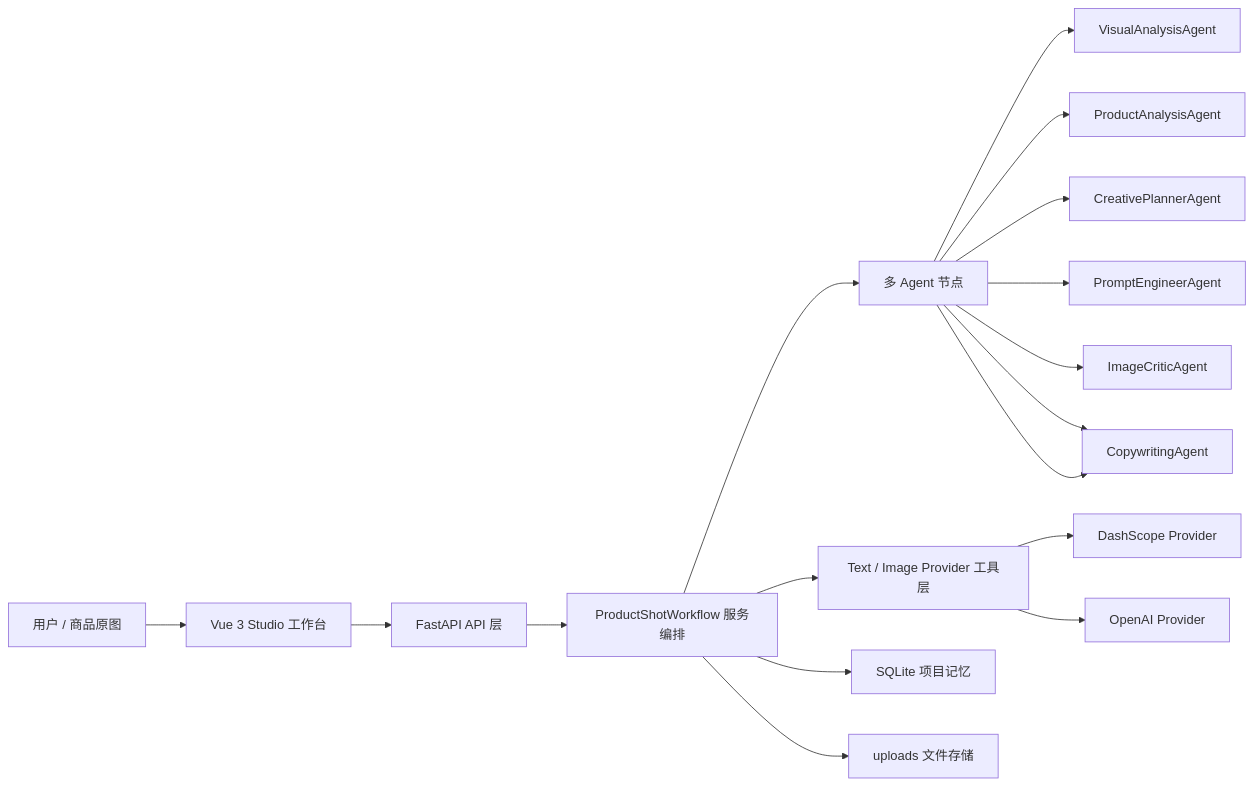
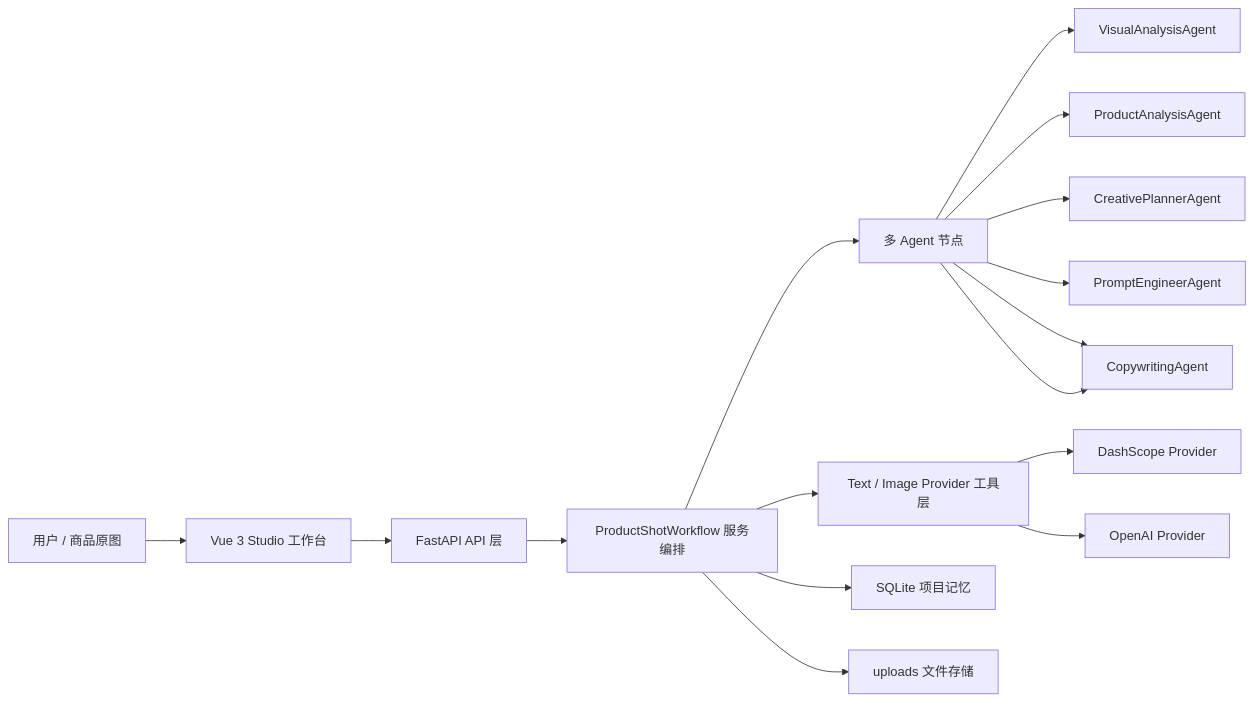
Before and after one commit to w-cyh/ProductShot-Agent: the diagram in README.md, drawn with Mermaid. The commit also changed other lines of this file and 21 other files, not shown here.

Commit message:
Improve product image agent workflow

````diff
--- a/README.md
+++ b/README.md
@@ -130,21 +130,20 @@
 ```mermaid
 flowchart LR
     User["用户 / 商品原图"] --> Frontend["Vue 3 Studio 工作台"]
     Frontend --> API["FastAPI API 层"]
     API --> Workflow["ProductShotWorkflow 服务编排"]
     Workflow --> Agents["多 Agent 节点"]
     Workflow --> Providers["Text / Image Provider 工具层"]
     Workflow --> DB["SQLite 项目记忆"]
     Workflow --> Files["uploads 文件存储"]
 
     Agents --> Visual["VisualAnalysisAgent"]
     Agents --> Strategy["ProductAnalysisAgent"]
     Agents --> Planner["CreativePlannerAgent"]
     Agents --> Prompt["PromptEngineerAgent"]
-    Agents --> Critic["ImageCriticAgent"]
     Agents --> Copy["CopywritingAgent"]
     Agents --> Copy["CopywritingAgent"]
 
     Providers --> DashScope["DashScope Provider"]
     Providers --> OpenAI["OpenAI Provider"]
 ```
````
